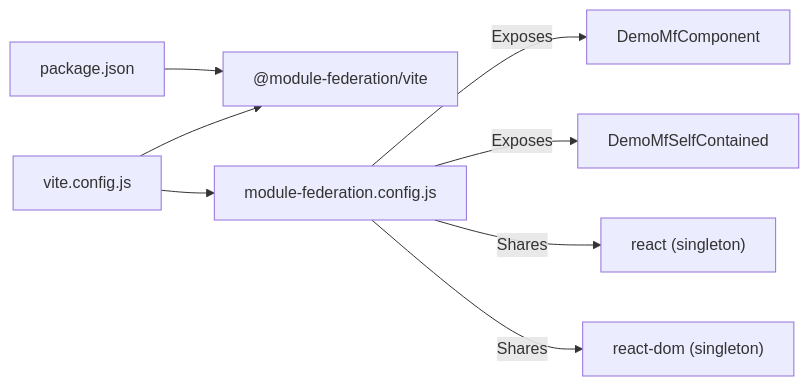
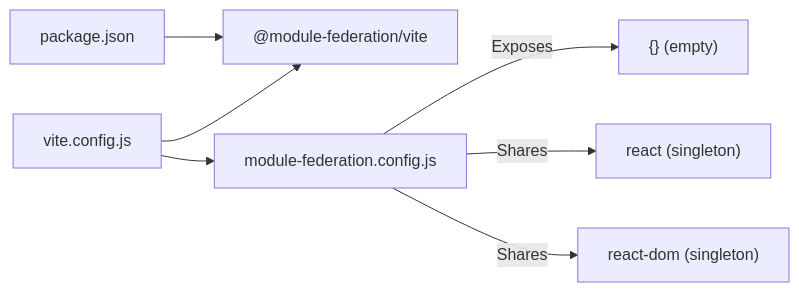
The third of 4 diagrams in .qoder/repowiki/en/content/Advanced Features/Module Federation.md (DoVuDung/cv-portfolio-builder), drawn with Mermaid before and after one commit. The commit also changed other lines of this file and 8 other files, not shown here.

````diff
--- a/.qoder/repowiki/en/content/Advanced Features/Module Federation.md
+++ b/.qoder/repowiki/en/content/Advanced Features/Module Federation.md
@@ -169,14 +161,13 @@
 ```mermaid
 graph LR
 Pkg["package.json"]
 Fed["@module-federation/vite"]
 MFConf["module-federation.config.js"]
 ViteCfg["vite.config.js"]
 Pkg --> Fed
 ViteCfg --> Fed
 ViteCfg --> MFConf
-MFConf --> |Exposes| DemoA["DemoMfComponent"]
-MFConf --> |Exposes| DemoB["DemoMfSelfContained"]
+MFConf --> |Exposes| Empty["{} (empty)"]
 MFConf --> |Shares| React["react (singleton)"]
 MFConf --> |Shares| ReactDOM["react-dom (singleton)"]
 ```
````
